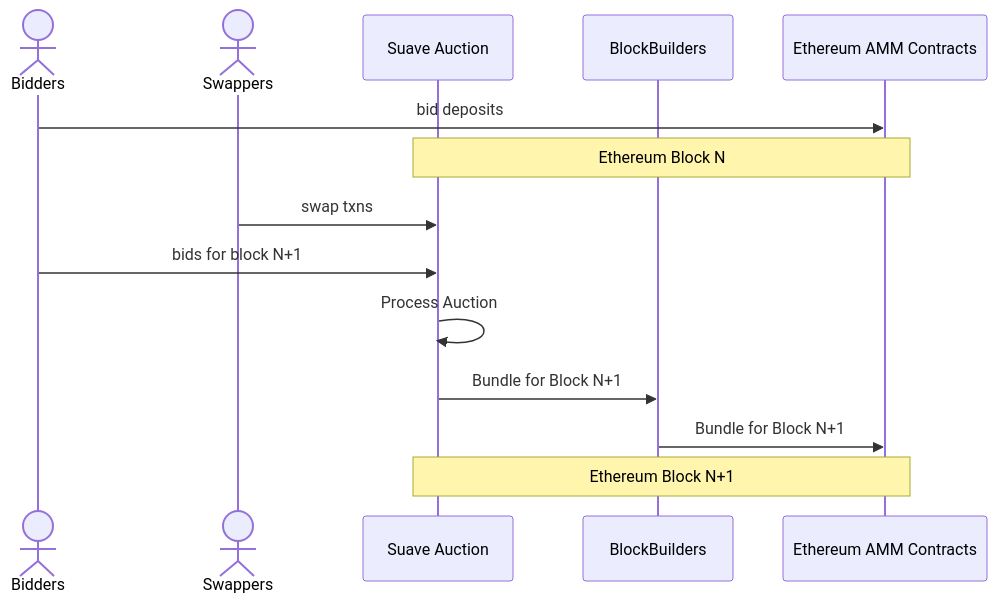
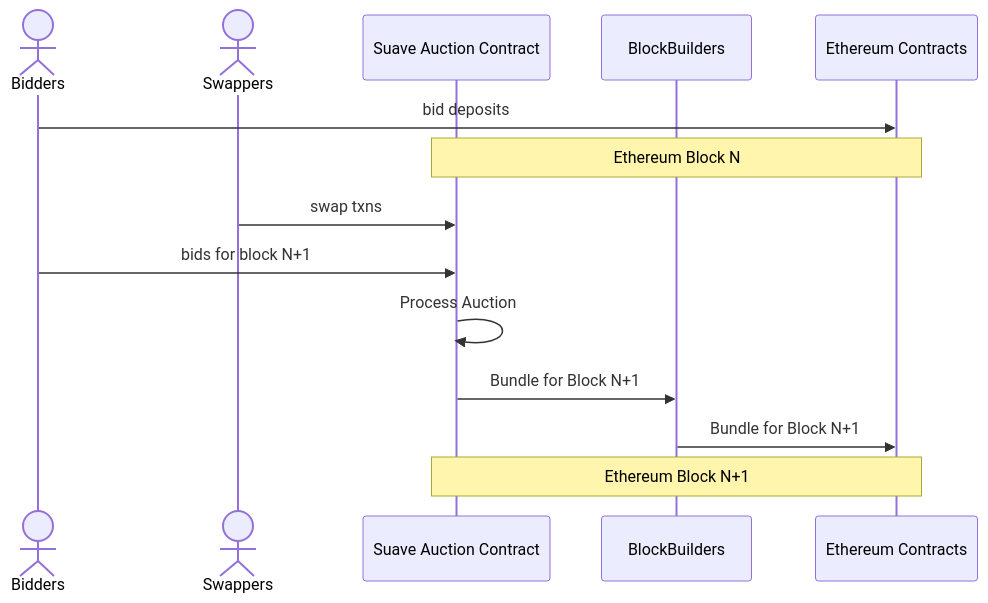
The first of 2 diagrams in README.md (Lilyjjo/tldr-research), drawn with Mermaid before and after one commit. The commit also changed other lines of this file, not shown here.

````diff
--- a/README.md
+++ b/README.md
@@ -20,16 +20,16 @@
 ```mermaid
 sequenceDiagram
     actor Bidders
     actor Swappers
-    participant Suave Auction
+    participant Suave Auction Contract
     participant BlockBuilders
-    participant Ethereum AMM Contracts
-    Bidders->>Ethereum AMM Contracts: bid deposits
-    Note over Suave Auction,Ethereum AMM Contracts : Ethereum Block N
-    Swappers->>Suave Auction: swap txns
-    Bidders->>Suave Auction: bids for block N+1
-    Suave Auction->>Suave Auction: Process Auction
-    Suave Auction->>BlockBuilders: Bundle for Block N+1
-    BlockBuilders->>Ethereum AMM Contracts: Bundle for Block N+1 
-    Note over Suave Auction,Ethereum AMM Contracts : Ethereum Block N+1
+    participant Ethereum Contracts
+    Bidders->>Ethereum Contracts: bid deposits
+    Note over Suave Auction Contract,Ethereum Contracts : Ethereum Block N
+    Swappers->>Suave Auction Contract: swap txns
+    Bidders->>Suave Auction Contract: bids for block N+1
+    Suave Auction Contract->>Suave Auction Contract: Process Auction
+    Suave Auction Contract->>BlockBuilders: Bundle for Block N+1
+    BlockBuilders->>Ethereum Contracts: Bundle for Block N+1 
+    Note over Suave Auction Contract,Ethereum Contracts : Ethereum Block N+1
 ```
````
